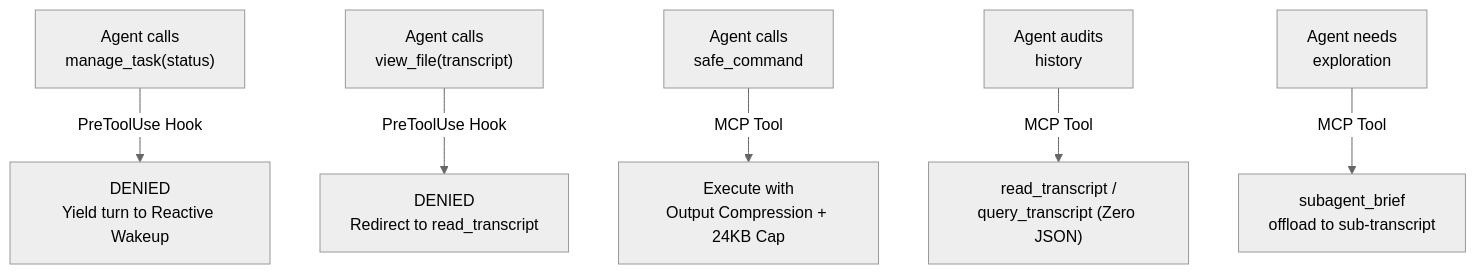
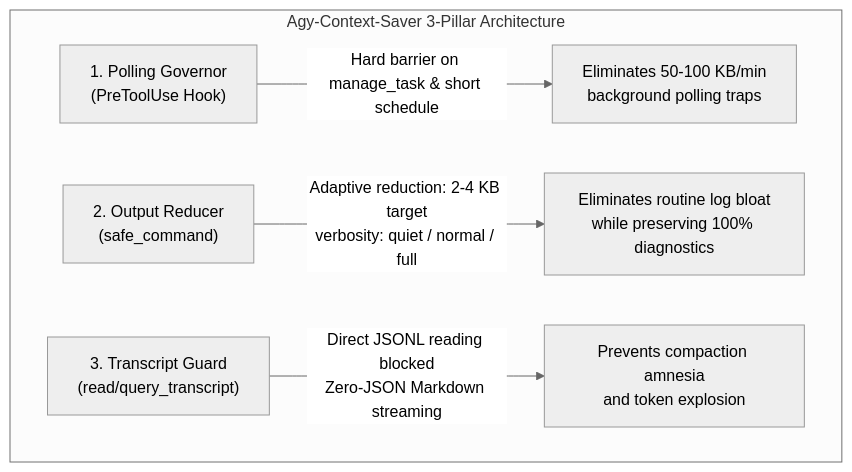
One commit to paragon-ux/Agy-Context-Saver changed the diagram in README.md. Above: the diagram before and after it, drawn with Mermaid (neutral theme). The commit also changed other lines of this file and 8 other files, not shown here.

First line of the commit message:
feat(safe_command): implement adaptive output reducer and verbosity tiers

````diff
--- a/README.md
+++ b/README.md
@@ -23,8 +23,8 @@
 ```mermaid
 graph TD
-    A["Agent calls<br/>manage_task(status)"] -->|PreToolUse Hook| B["DENIED<br/>Yield turn to Reactive Wakeup"]
-    C["Agent calls<br/>view_file(transcript)"] -->|PreToolUse Hook| D["DENIED<br/>Redirect to read_transcript"]
-    E["Agent calls<br/>safe_command"] -->|MCP Tool| F["Execute with<br/>Output Compression + 24KB Cap"]
-    G["Agent audits<br/>history"] -->|MCP Tool| H["read_transcript /<br/>query_transcript (Zero JSON)"]
-    I["Agent needs<br/>exploration"] -->|MCP Tool| J["subagent_brief<br/>offload to sub-transcript"]
+    subgraph AgyContextSaver["Agy-Context-Saver 3-Pillar Architecture"]
+        P1["1. Polling Governor<br/>(PreToolUse Hook)"] -->|Hard barrier on manage_task & short schedule| G1["Eliminates 50-100 KB/min<br/>background polling traps"]
+        P2["2. Output Reducer<br/>(safe_command)"] -->|Adaptive reduction: 2-4 KB target<br/>verbosity: quiet / normal / full| G2["Eliminates routine log bloat<br/>while preserving 100% diagnostics"]
+        P3["3. Transcript Guard<br/>(read/query_transcript)"] -->|Direct JSONL reading blocked<br/>Zero-JSON Markdown streaming| G3["Prevents compaction amnesia<br/>and token explosion"]
+    end
 ```
````
